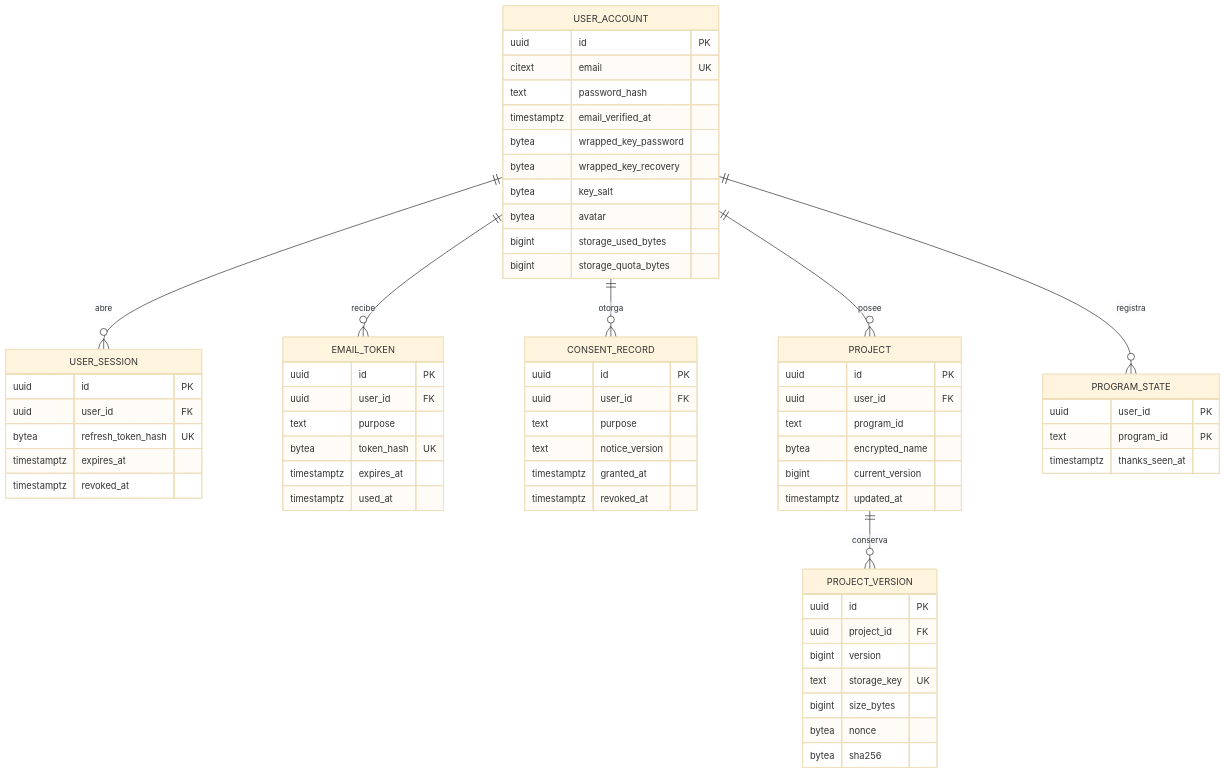
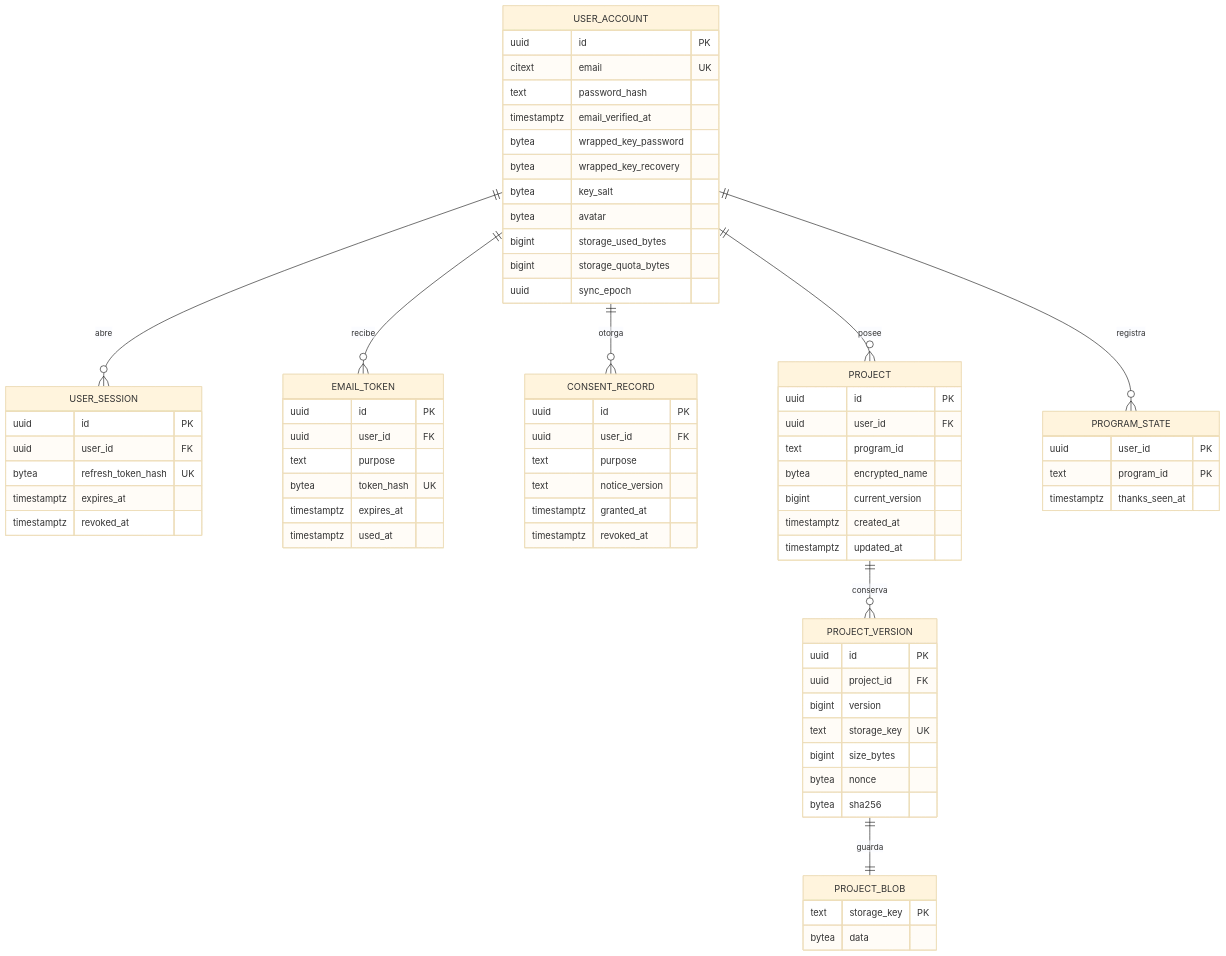
Before and after one commit to DiegoFranciscoG/estrella: the diagram in docs/modelo-datos.md, drawn with Mermaid (base theme). The commit also changed other lines of this file and 2 other files, not shown here.

Commit message:
docs: record phase 6 sources, findings, data model and decisions

````diff
--- a/docs/modelo-datos.md
+++ b/docs/modelo-datos.md
@@ -7,67 +7,74 @@
 ```mermaid
 erDiagram
     USER_ACCOUNT ||--o{ USER_SESSION : abre
     USER_ACCOUNT ||--o{ EMAIL_TOKEN : recibe
     USER_ACCOUNT ||--o{ CONSENT_RECORD : otorga
     USER_ACCOUNT ||--o{ PROJECT : posee
     USER_ACCOUNT ||--o{ PROGRAM_STATE : registra
     PROJECT ||--o{ PROJECT_VERSION : conserva
+    PROJECT_VERSION ||--|| PROJECT_BLOB : guarda
 
     USER_ACCOUNT {
         uuid id PK
         citext email UK
         text password_hash
         timestamptz email_verified_at
         bytea wrapped_key_password
         bytea wrapped_key_recovery
         bytea key_salt
         bytea avatar
         bigint storage_used_bytes
         bigint storage_quota_bytes
+        uuid sync_epoch
     }
     USER_SESSION {
         uuid id PK
         uuid user_id FK
         bytea refresh_token_hash UK
         timestamptz expires_at
         timestamptz revoked_at
     }
     EMAIL_TOKEN {
         uuid id PK
         uuid user_id FK
         text purpose
         bytea token_hash UK
         timestamptz expires_at
         timestamptz used_at
     }
     CONSENT_RECORD {
         uuid id PK
         uuid user_id FK
         text purpose
         text notice_version
         timestamptz granted_at
         timestamptz revoked_at
     }
     PROJECT {
         uuid id PK
         uuid user_id FK
         text program_id
         bytea encrypted_name
         bigint current_version
+        timestamptz created_at
         timestamptz updated_at
     }
     PROJECT_VERSION {
         uuid id PK
         uuid project_id FK
         bigint version
         text storage_key UK
         bigint size_bytes
         bytea nonce
         bytea sha256
     }
+    PROJECT_BLOB {
+        text storage_key PK
+        bytea data
+    }
     PROGRAM_STATE {
         uuid user_id PK
         text program_id PK
         timestamptz thanks_seen_at
     }
 ```
````
